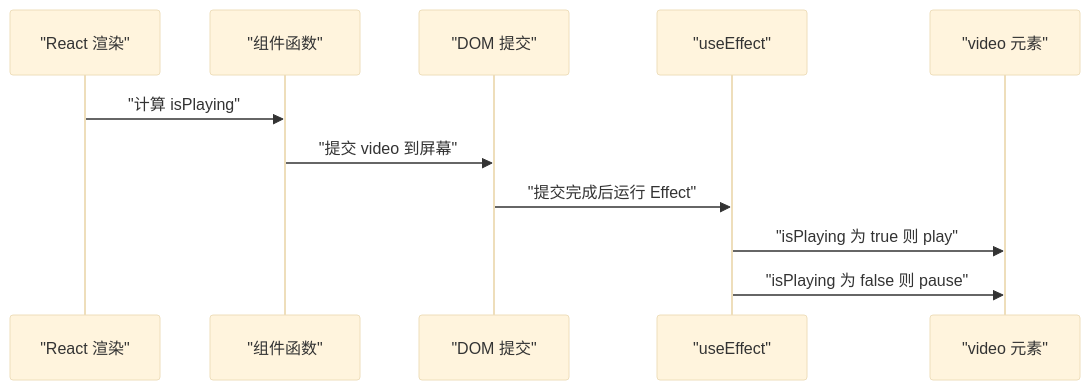
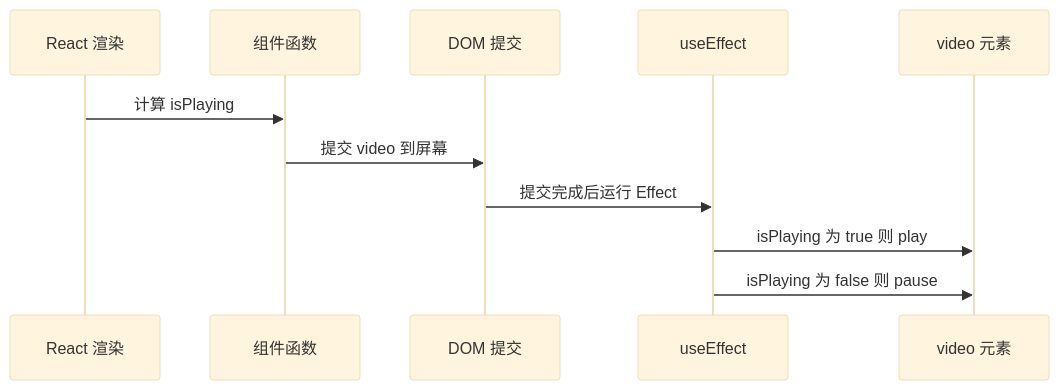
Before and after one commit to Shyu-x/frontend-interview: the second of 8 diagrams in docs/react/r19/effects-synchronization-model.md, drawn with Mermaid (base theme). The commit also changed other lines of this file and 23 other files, not shown here.

First line of the commit message:
fix(docs): 修复 28 张无法渲染的 Mermaid 图，新增真实解析器校验与 PDF 下载页

````diff
--- a/docs/react/r19/effects-synchronization-model.md
+++ b/docs/react/r19/effects-synchronization-model.md
@@ -65,13 +65,13 @@
 ```mermaid
 sequenceDiagram
-  participant R as "React 渲染"
-  participant C as "组件函数"
-  participant D as "DOM 提交"
-  participant E as "useEffect"
-  participant V as "video 元素"
-  R->>C: "计算 isPlaying"
-  C->>D: "提交 video 到屏幕"
-  D->>E: "提交完成后运行 Effect"
-  E->>V: "isPlaying 为 true 则 play"
-  E->>V: "isPlaying 为 false 则 pause"
+  participant R as React 渲染
+  participant C as 组件函数
+  participant D as DOM 提交
+  participant E as useEffect
+  participant V as video 元素
+  R->>C: 计算 isPlaying
+  C->>D: 提交 video 到屏幕
+  D->>E: 提交完成后运行 Effect
+  E->>V: isPlaying 为 true 则 play
+  E->>V: isPlaying 为 false 则 pause
 ```
````
